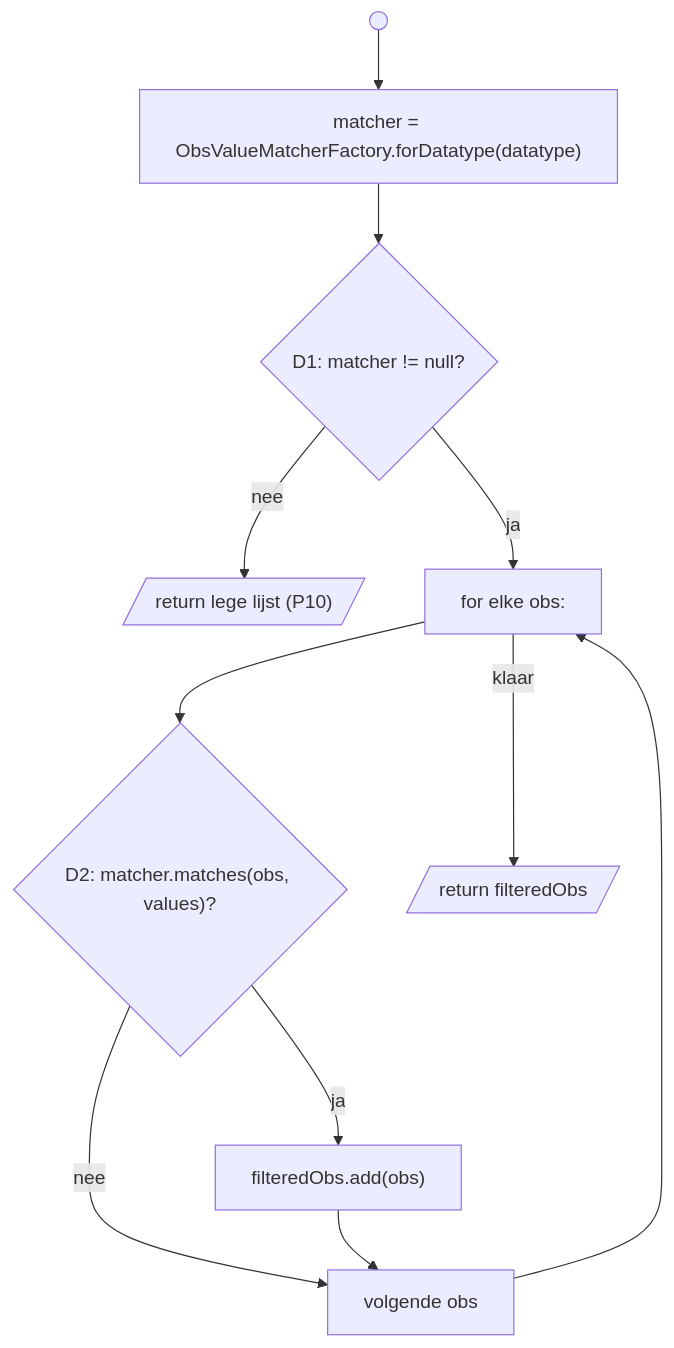
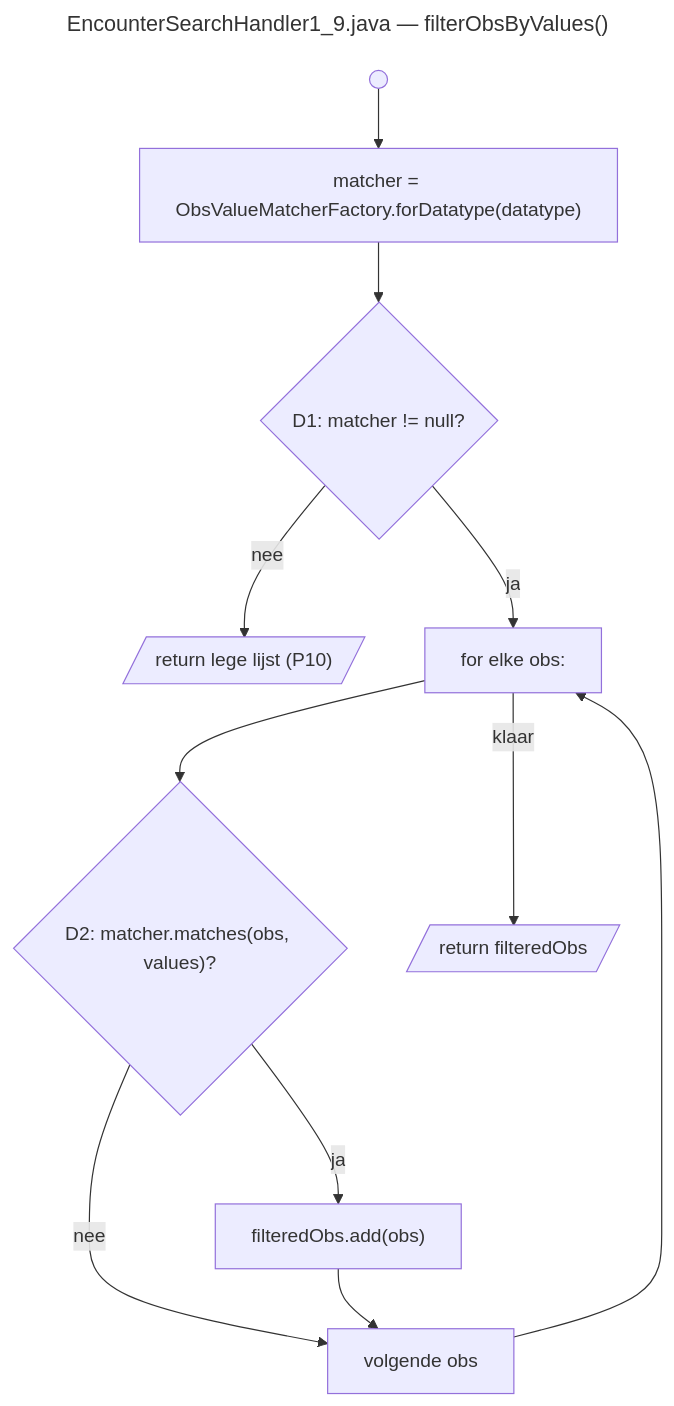
One commit to GrannyGuard/webservices-rest-audit changed the third of 3 diagrams in docs/onderhoudbaarheid/05-realisatie-poc/05.md. Above: the diagram before and after it, drawn with Mermaid. The commit also changed other lines of this file, not shown here.

Commit message:
added titling to mermaid charts in 05

````diff
--- a/docs/onderhoudbaarheid/05-realisatie-poc/05.md
+++ b/docs/onderhoudbaarheid/05-realisatie-poc/05.md
@@ -131,13 +137,16 @@
 ```mermaid
+---
+title: "EncounterSearchHandler1_9.java — filterObsByValues()"
+---
 flowchart TD
     START(( )) --> FAC["matcher = ObsValueMatcherFactory.forDatatype(datatype)"]
     FAC --> D1{"D1: matcher != null?"}
     D1 -->|"nee"| RE[/"return lege lijst (P10)"/]
     D1 -->|"ja"| LOOP["for elke obs:"]
     LOOP --> D2{"D2: matcher.matches(obs, values)?"}
     D2 -->|"ja"| ADD["filteredObs.add(obs)"]
     D2 -->|"nee"| NEXT["volgende obs"]
     ADD --> NEXT
     NEXT --> LOOP
     LOOP -->|"klaar"| RET[/"return filteredObs"/]
 ```
````
